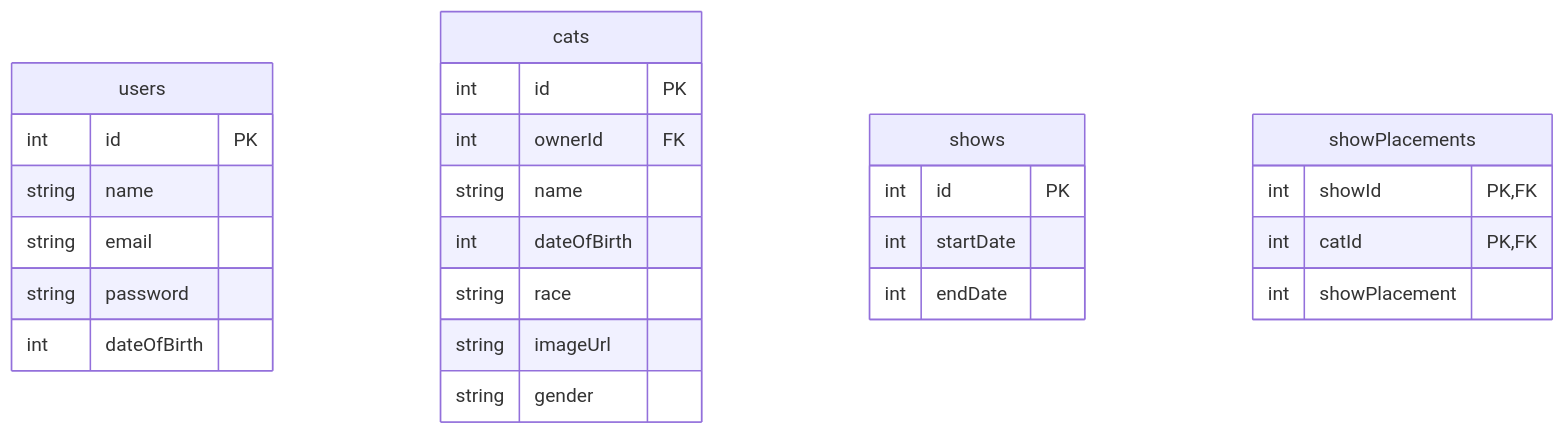
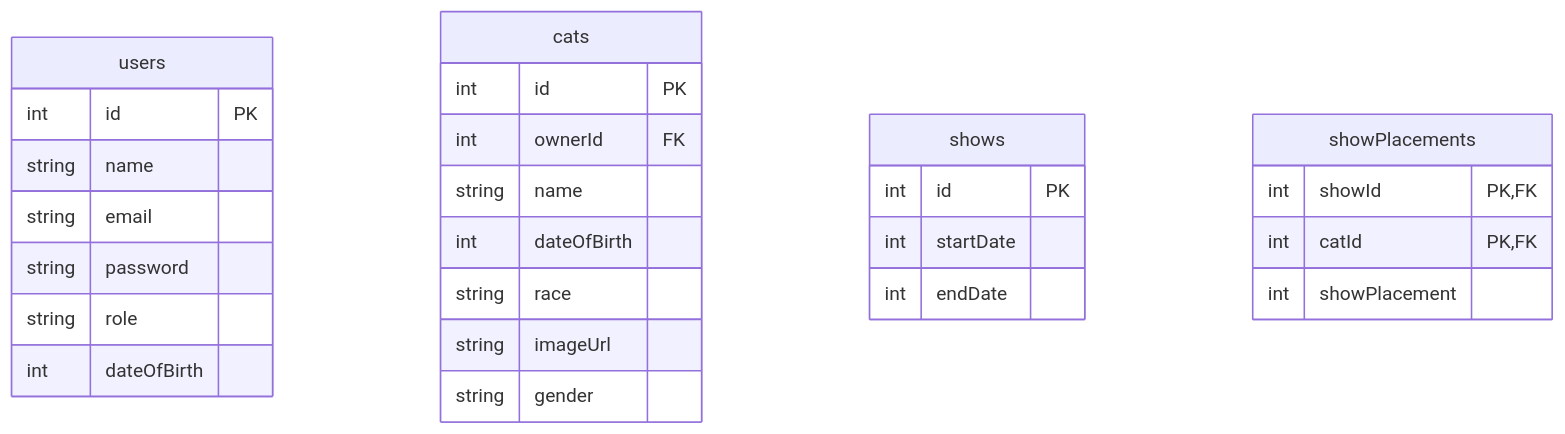
One commit to zealand-cs/Racekatteklubben changed the diagram in diagrams/ERDiagram.md. Above: the diagram before and after it, drawn with Mermaid. The commit also changed 20 other files, not shown here.

````diff
--- a/diagrams/ERDiagram.md
+++ b/diagrams/ERDiagram.md
@@ -3,32 +3,33 @@
 ```mermaid
 erDiagram
     users {
         int id PK
         string name
         string email
         string password
+        string role
         int dateOfBirth
     }
 
     cats {
         int id PK
         int ownerId FK
         string name
         int dateOfBirth
         string race
         string imageUrl
         string gender
     }
 
     shows {
         int id PK
         int startDate
         int endDate
     }
 
     showPlacements {
         int showId PK, FK
         int catId PK, FK
         int showPlacement
     }
 ```
````
